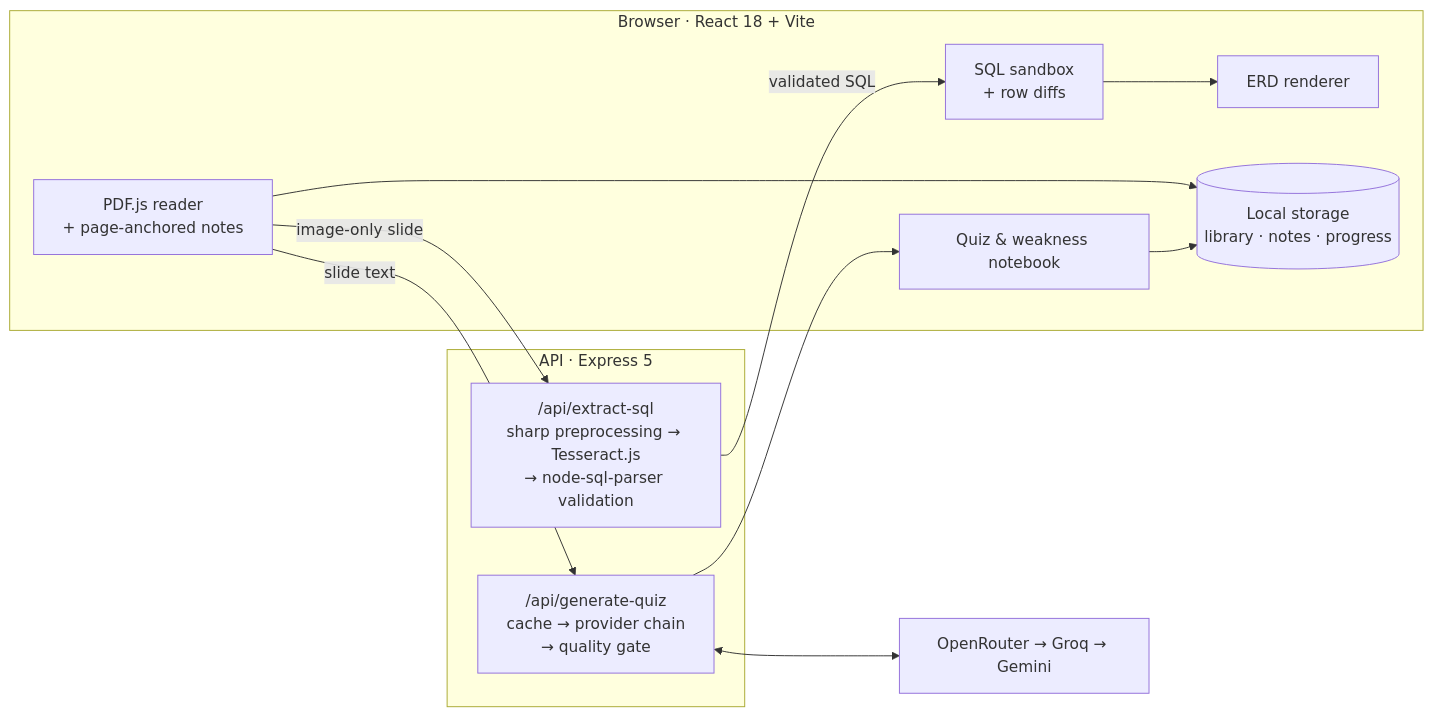
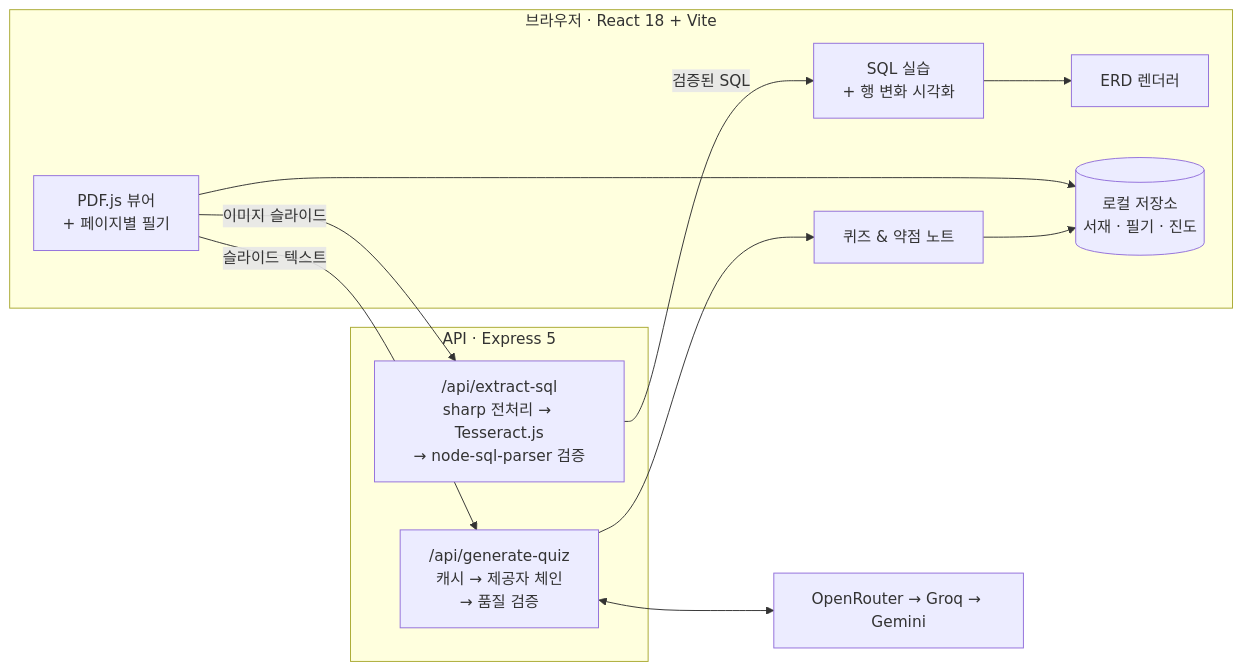
The diagram in README.md (sojjeoi/querynote-ai), drawn with Mermaid before and after one commit. The commit also changed other lines of this file, not shown here.

````diff
--- a/README.md
+++ b/README.md
@@ -55,26 +55,26 @@
 ```mermaid
 flowchart LR
-    subgraph Client["Browser · React 18 + Vite"]
-        PDF["PDF.js reader<br/>+ page-anchored notes"]
-        SQL["SQL sandbox<br/>+ row diffs"]
-        ERD["ERD renderer"]
-        QZ["Quiz & weakness notebook"]
-        ST[("Local storage<br/>library · notes · progress")]
+    subgraph Client["브라우저 · React 18 + Vite"]
+        PDF["PDF.js 뷰어<br/>+ 페이지별 필기"]
+        SQL["SQL 실습<br/>+ 행 변화 시각화"]
+        ERD["ERD 렌더러"]
+        QZ["퀴즈 & 약점 노트"]
+        ST[("로컬 저장소<br/>서재 · 필기 · 진도")]
     end
 
     subgraph Server["API · Express 5"]
-        OCR["/api/extract-sql<br/>sharp preprocessing → Tesseract.js<br/>→ node-sql-parser validation"]
-        GEN["/api/generate-quiz<br/>cache → provider chain<br/>→ quality gate"]
+        OCR["/api/extract-sql<br/>sharp 전처리 → Tesseract.js<br/>→ node-sql-parser 검증"]
+        GEN["/api/generate-quiz<br/>캐시 → 제공자 체인<br/>→ 품질 검증"]
     end
 
     LLM["OpenRouter → Groq → Gemini"]
 
-    PDF -- image-only slide --> OCR
-    OCR -- validated SQL --> SQL
+    PDF -- 이미지 슬라이드 --> OCR
+    OCR -- 검증된 SQL --> SQL
     SQL --> ERD
-    PDF -- slide text --> GEN
+    PDF -- 슬라이드 텍스트 --> GEN
     GEN <--> LLM
     GEN --> QZ
     PDF --> ST
     QZ --> ST
 ```
````
